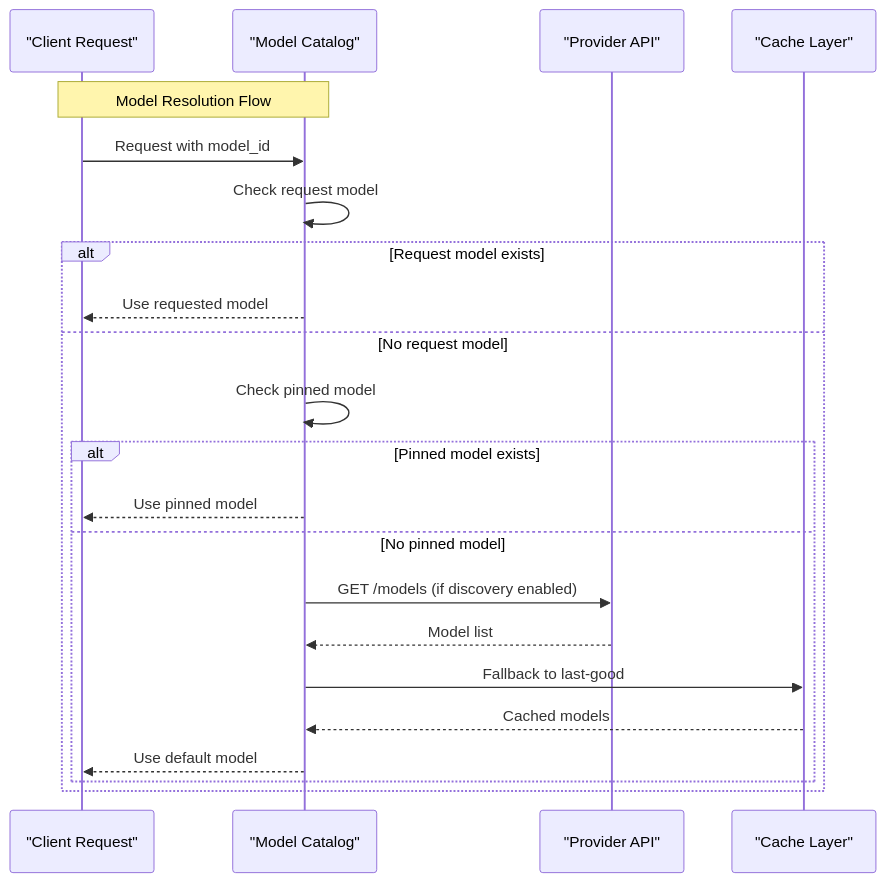
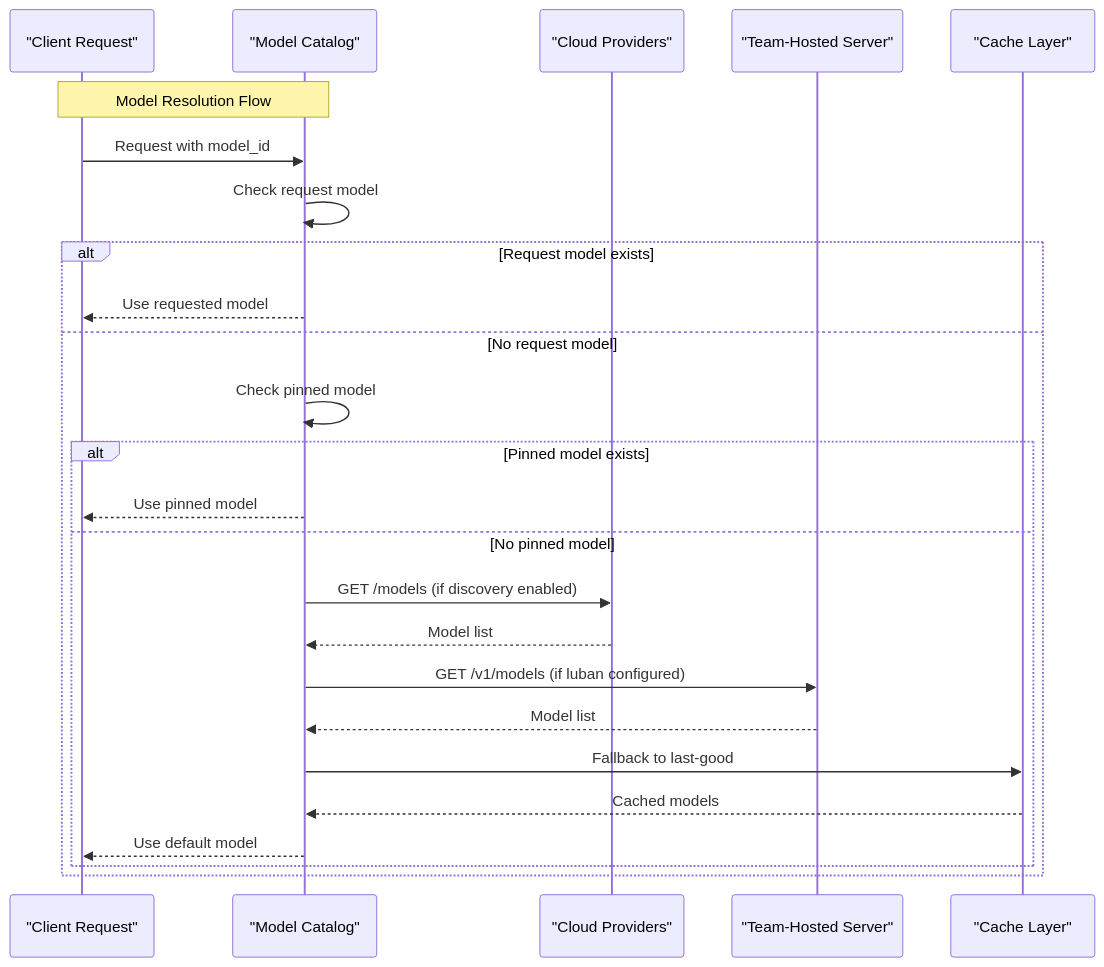
The ninth of 12 diagrams in .qoder/repowiki/en/content/Deployment and Operations/Deployment and Operations.md (metasync/luban-aiops), drawn with Mermaid before and after one commit. The commit also changed other lines of this file and 16 other files, not shown here.

````diff
--- a/.qoder/repowiki/en/content/Deployment and Operations/Deployment and Operations.md
+++ b/.qoder/repowiki/en/content/Deployment and Operations/Deployment and Operations.md
@@ -610,24 +645,27 @@
 ```mermaid
 sequenceDiagram
 participant Client as "Client Request"
 participant Catalog as "Model Catalog"
-participant Provider as "Provider API"
+participant Cloud as "Cloud Providers"
+participant Local as "Team-Hosted Server"
 participant Cache as "Cache Layer"
 Note over Client,Catalog : Model Resolution Flow
 Client->>Catalog : Request with model_id
 Catalog->>Catalog : Check request model
 alt Request model exists
 Catalog-->>Client : Use requested model
 else No request model
 Catalog->>Catalog : Check pinned model
 alt Pinned model exists
 Catalog-->>Client : Use pinned model
 else No pinned model
-Catalog->>Provider : GET /models (if discovery enabled)
-Provider-->>Catalog : Model list
+Catalog->>Cloud : GET /models (if discovery enabled)
+Cloud-->>Catalog : Model list
+Catalog->>Local : GET /v1/models (if luban configured)
+Local-->>Catalog : Model list
 Catalog->>Cache : Fallback to last-good
 Cache-->>Catalog : Cached models
 Catalog-->>Client : Use default model
 end
 end
 ```
````
